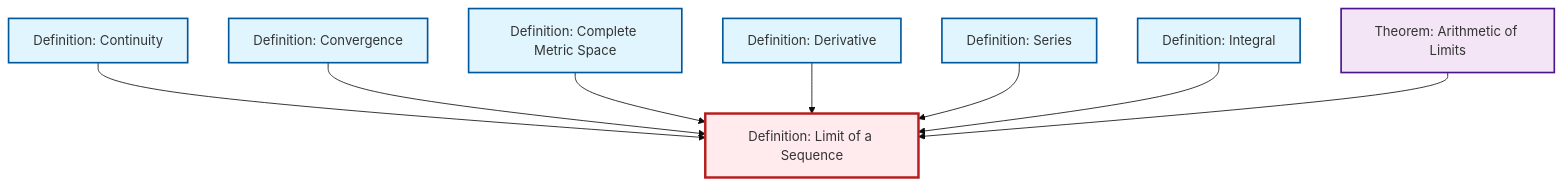
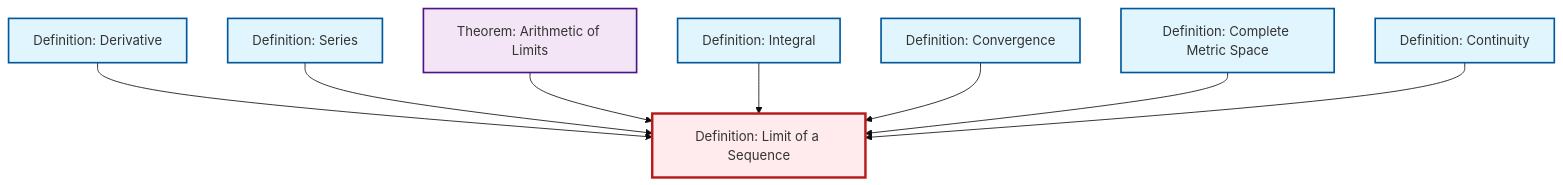
The diagram in content/ja/analysis/def-limit.qmd (RK0429/ModernMath), drawn with Mermaid (base theme) before and after one commit. The commit also changed other lines of this file and 360 other files, not shown here.

````diff
--- a/content/ja/analysis/def-limit.qmd
+++ b/content/ja/analysis/def-limit.qmd
@@ -49,32 +49,32 @@
 ```{mermaid}
 %%| fig-cap: "Local dependency graph"
 graph TD
     classDef definition fill:#e1f5fe,stroke:#01579b,stroke-width:2px
     classDef theorem fill:#f3e5f5,stroke:#4a148c,stroke-width:2px
     classDef axiom fill:#fff3e0,stroke:#e65100,stroke-width:2px
     classDef example fill:#e8f5e9,stroke:#1b5e20,stroke-width:2px
     classDef current fill:#ffebee,stroke:#b71c1c,stroke-width:3px
+    def-derivative["Definition: Derivative"]:::definition
+    thm-limit-arithmetic["Theorem: Arithmetic of Limits"]:::theorem
+    def-convergence["Definition: Convergence"]:::definition
+    def-series["Definition: Series"]:::definition
     def-continuity["Definition: Continuity"]:::definition
     def-limit["Definition: Limit of a Sequence"]:::definition
+    def-integral["Definition: Integral"]:::definition
     def-complete-metric-space["Definition: Complete Metric Space"]:::definition
-    def-derivative["Definition: Derivative"]:::definition
-    def-series["Definition: Series"]:::definition
-    thm-limit-arithmetic["Theorem: Arithmetic of Limits"]:::theorem
-    def-convergence["Definition: Convergence"]:::definition
-    def-integral["Definition: Integral"]:::definition
-    def-continuity --> def-limit
+    def-derivative --> def-limit
+    def-series --> def-limit
+    thm-limit-arithmetic --> def-limit
+    def-integral --> def-limit
     def-convergence --> def-limit
     def-complete-metric-space --> def-limit
-    def-derivative --> def-limit
-    def-series --> def-limit
-    def-integral --> def-limit
-    thm-limit-arithmetic --> def-limit
+    def-continuity --> def-limit
     class def-limit current
-    click def-continuity "def-continuity.html" "Definition: Continuityへ"
-    click def-complete-metric-space "def-complete-metric-space.html" "Definition: Complete Metric Spaceへ"
     click def-derivative "def-derivative.html" "Definition: Derivativeへ"
-    click def-series "def-series.html" "Definition: Seriesへ"
     click thm-limit-arithmetic "thm-limit-arithmetic.html" "Theorem: Arithmetic of Limitsへ"
     click def-convergence "def-convergence.html" "Definition: Convergenceへ"
+    click def-series "def-series.html" "Definition: Seriesへ"
+    click def-continuity "def-continuity.html" "Definition: Continuityへ"
     click def-integral "def-integral.html" "Definition: Integralへ"
+    click def-complete-metric-space "def-complete-metric-space.html" "Definition: Complete Metric Spaceへ"
 ```
````
